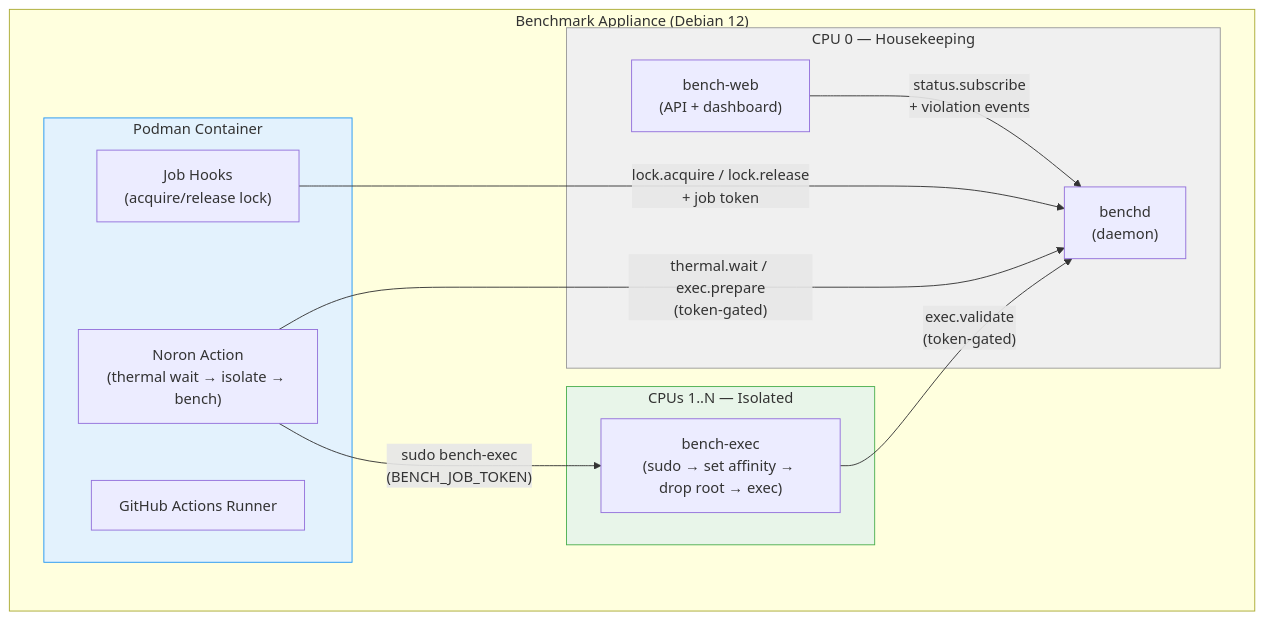
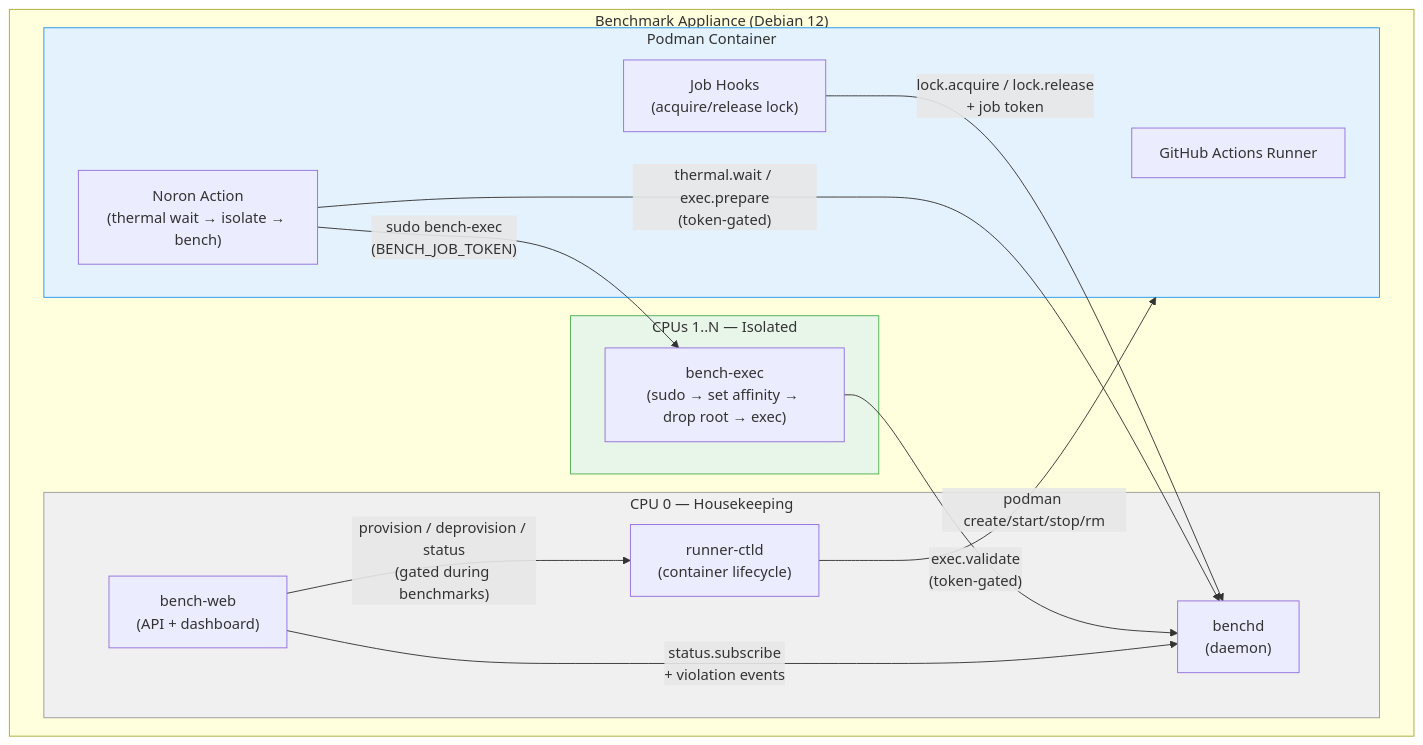
One commit to thejustinwalsh/noron changed the diagram in README.md. Above: the diagram before and after it, drawn with Mermaid. The commit also changed other lines of this file and 1 other file, not shown here.

````diff
--- a/README.md
+++ b/README.md
@@ -202,29 +275,32 @@
 ```mermaid
 graph TD
     subgraph Appliance["Benchmark Appliance (Debian 12)"]
         subgraph CPU0["CPU 0 — Housekeeping"]
             benchd["benchd\n(daemon)"]
             web["bench-web\n(API + dashboard)"]
+            rctld["runner-ctld\n(container lifecycle)"]
         end
 
         subgraph Container["Podman Container"]
             runner["GitHub Actions Runner"]
             hooks["Job Hooks\n(acquire/release lock)"]
             action["Noron Action\n(thermal wait → isolate → bench)"]
         end
 
         subgraph CPUn["CPUs 1..N — Isolated"]
             exec["bench-exec\n(sudo → set affinity → drop root → exec)"]
         end
     end
 
     hooks -- "lock.acquire / lock.release\n+ job token" --> benchd
     action -- "thermal.wait / exec.prepare\n(token-gated)" --> benchd
     exec -- "exec.validate\n(token-gated)" --> benchd
     web -- "status.subscribe\n+ violation events" --> benchd
+    web -- "provision / deprovision / status\n(gated during benchmarks)" --> rctld
+    rctld -- "podman create/start/stop/rm" --> Container
     action -- "sudo bench-exec\n(BENCH_JOB_TOKEN)" --> exec
 
     style CPU0 fill:#f0f0f0,stroke:#999
     style CPUn fill:#e8f5e9,stroke:#4caf50
     style Container fill:#e3f2fd,stroke:#2196f3
 ```
````
